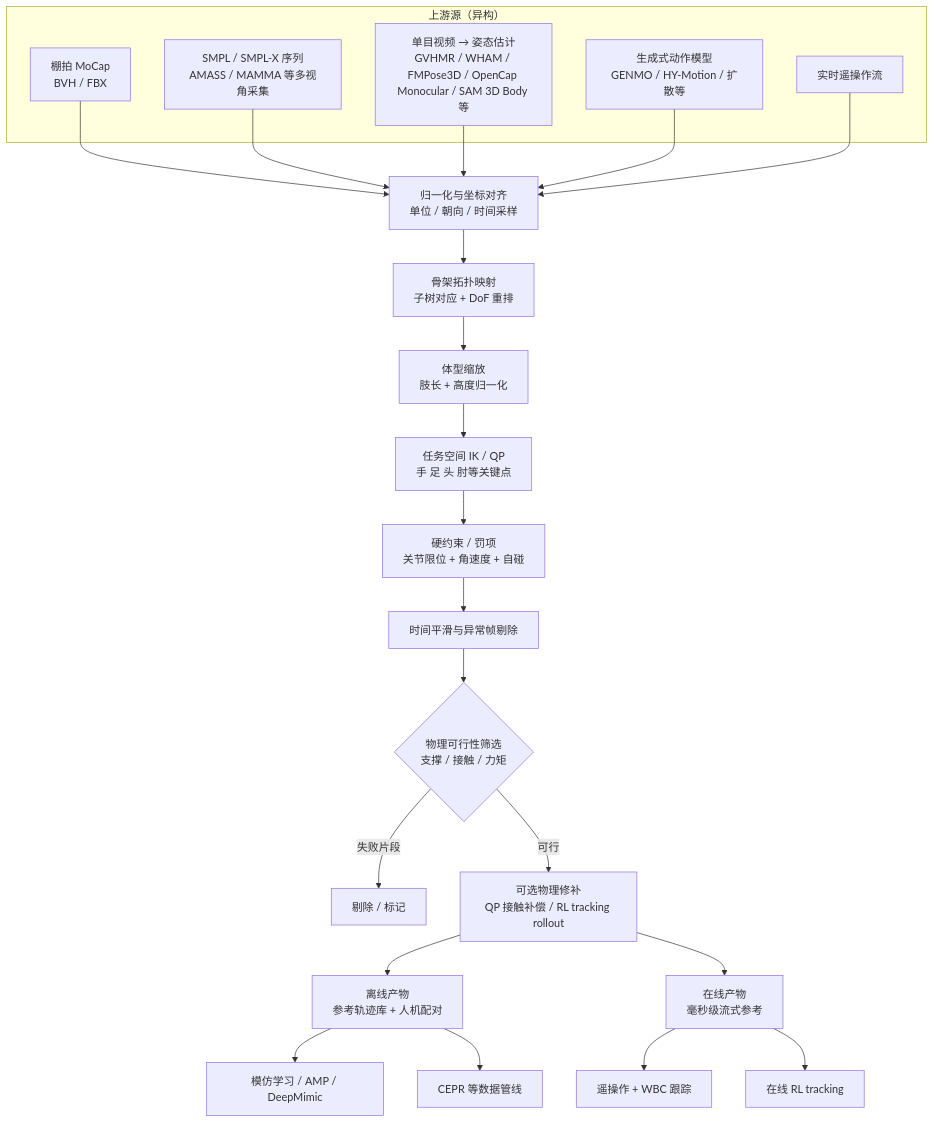
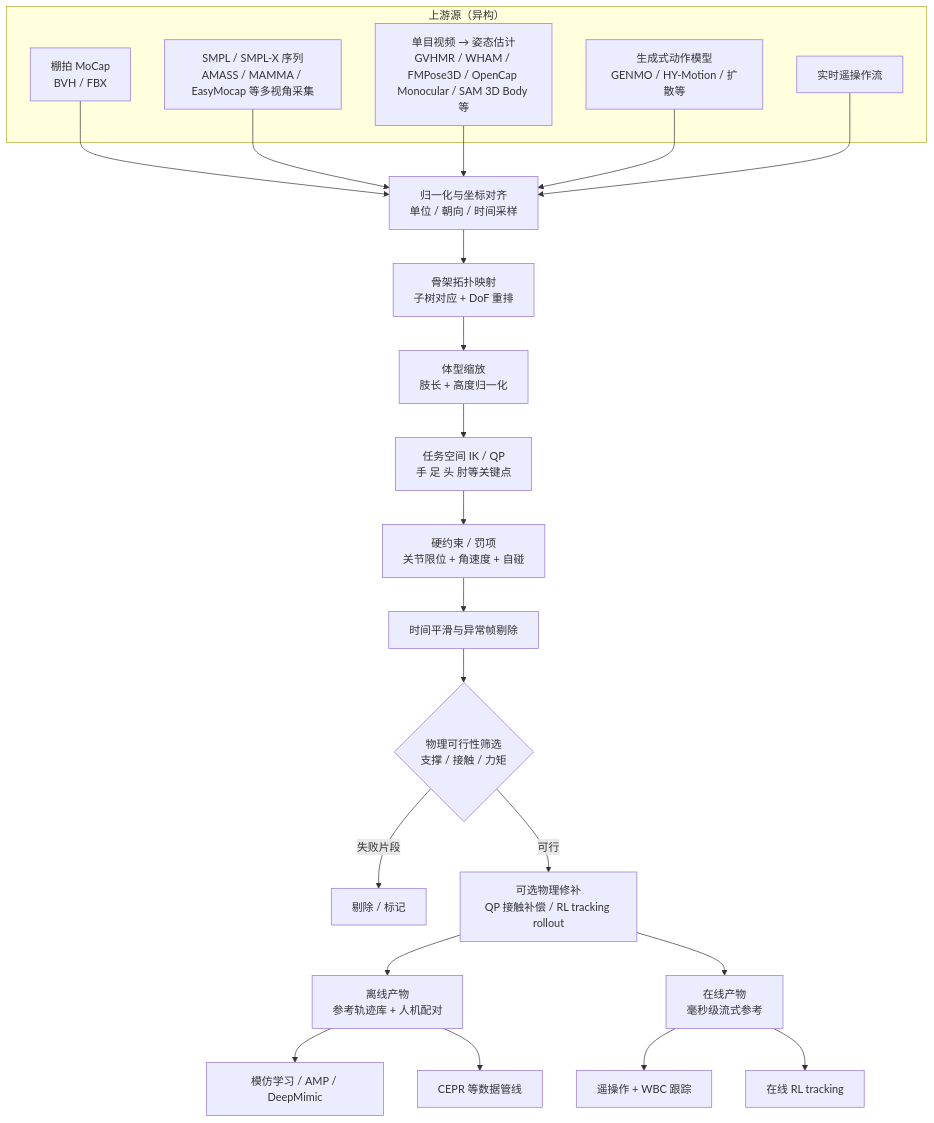
One commit to ImChong/Robotics_Notebooks changed the diagram in wiki/concepts/motion-retargeting-pipeline.md. Above: the diagram before and after it, drawn with Mermaid. The commit also changed other lines of this file and 16 other files, not shown here.

Commit message:
[2026-09-04] ingest | sources/repos/easymocap.md — 接入浙大 3DV EasyMocap 无标记动捕工具箱并同步全站索引

````diff
--- a/wiki/concepts/motion-retargeting-pipeline.md
+++ b/wiki/concepts/motion-retargeting-pipeline.md
@@ -80,34 +81,34 @@
 ```mermaid
 flowchart TD
   subgraph src["上游源（异构）"]
     A1[棚拍 MoCap<br/>BVH / FBX]
-    A2[SMPL / SMPL-X 序列<br/>AMASS / MAMMA 等多视角采集]
+    A2[SMPL / SMPL-X 序列<br/>AMASS / MAMMA / EasyMocap 等多视角采集]
     A3[单目视频 → 姿态估计<br/>GVHMR / WHAM / FMPose3D / OpenCap Monocular / SAM 3D Body 等]
     A4[生成式动作模型<br/>GENMO / HY-Motion / 扩散等]
     A5[实时遥操作流]
   end
 
   A1 --> N[归一化与坐标对齐<br/>单位 / 朝向 / 时间采样]
   A2 --> N
   A3 --> N
   A4 --> N
   A5 --> N
 
   N --> T[骨架拓扑映射<br/>子树对应 + DoF 重排]
   T --> S[体型缩放<br/>肢长 + 高度归一化]
   S --> IK[任务空间 IK / QP<br/>手 足 头 肘等关键点]
   IK --> C[硬约束 / 罚项<br/>关节限位 + 角速度 + 自碰]
   C --> Smooth[时间平滑与异常帧剔除]
 
   Smooth --> Phys{物理可行性筛选<br/>支撑 / 接触 / 力矩}
   Phys -->|失败片段| Drop[剔除 / 标记]
   Phys -->|可行| Refine[可选物理修补<br/>QP 接触补偿 / RL tracking rollout]
 
   Refine --> Out1[离线产物<br/>参考轨迹库 + 人机配对]
   Refine --> Out2[在线产物<br/>毫秒级流式参考]
 
   Out1 --> D1[模仿学习 / AMP / DeepMimic]
   Out1 --> D2[CEPR 等数据管线]
   Out2 --> D3[遥操作 + WBC 跟踪]
   Out2 --> D4[在线 RL tracking]
 ```
````
